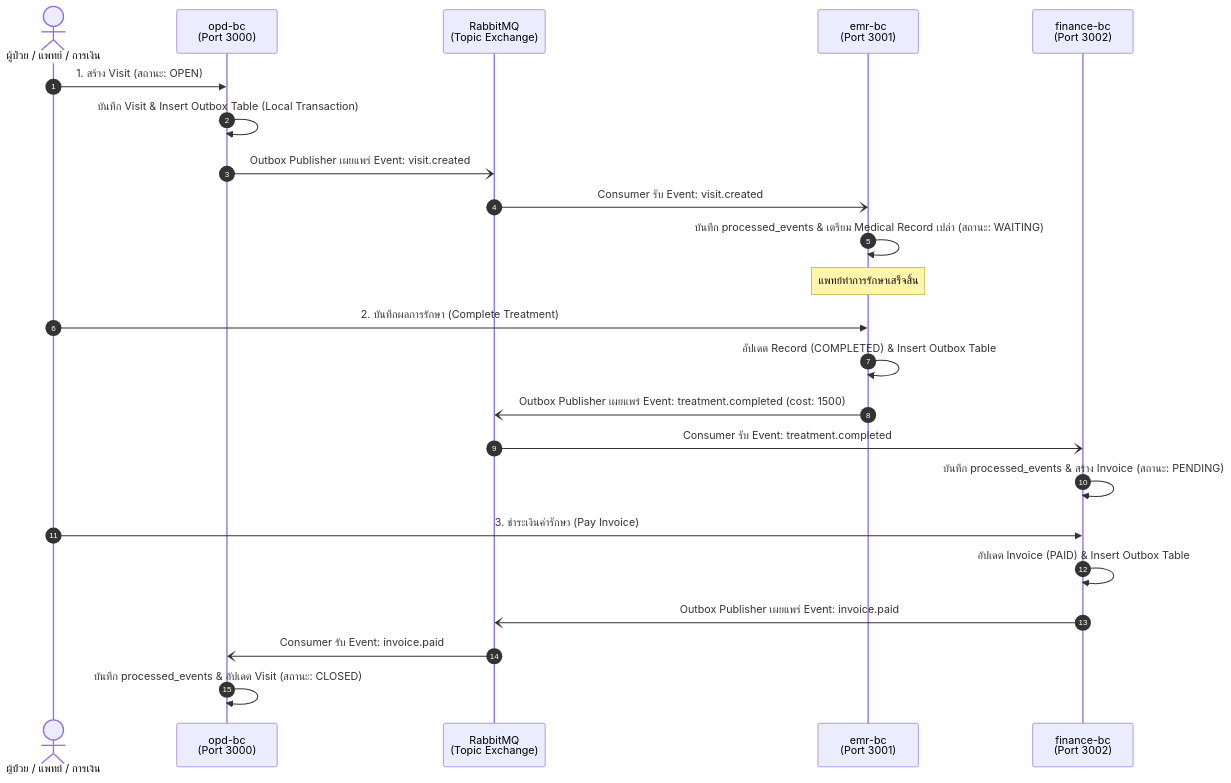
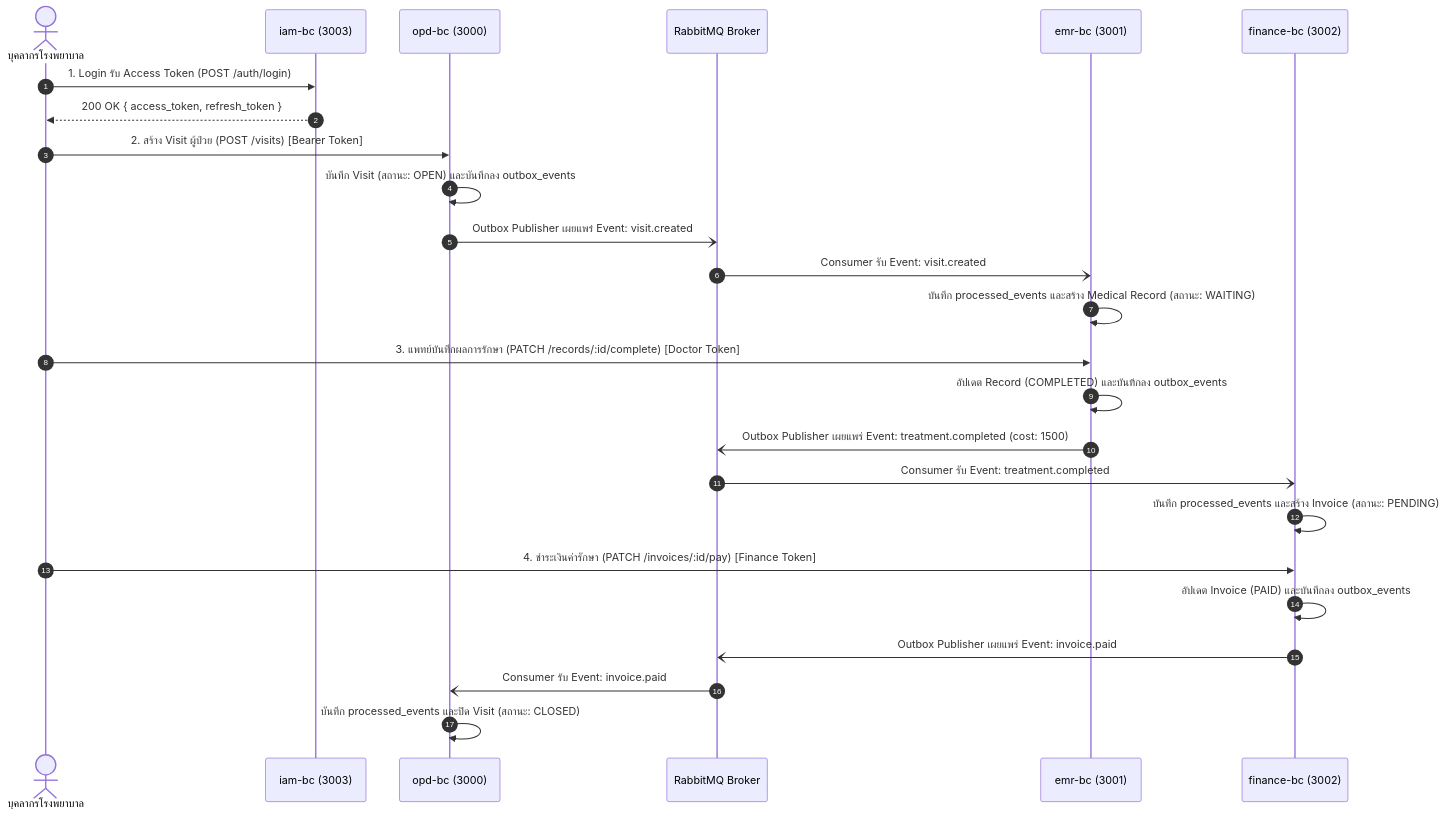
The first of 2 diagrams in README.md (faryporza/his-microservices-assignment), drawn with Mermaid before and after one commit. The commit also changed other lines of this file, not shown here.

````diff
--- a/README.md
+++ b/README.md
@@ -236,28 +107,31 @@
 ```mermaid
 sequenceDiagram
     autonumber
-    actor Patient as ผู้ป่วย / แพทย์ / การเงิน
-    participant OPD as opd-bc<br/>(Port 3000)
-    participant RMQ as RabbitMQ<br/>(Topic Exchange)
-    participant EMR as emr-bc<br/>(Port 3001)
-    participant FIN as finance-bc<br/>(Port 3002)
+    actor Staff as บุคลากรโรงพยาบาล
+    participant IAM as iam-bc (3003)
+    participant OPD as opd-bc (3000)
+    participant RMQ as RabbitMQ Broker
+    participant EMR as emr-bc (3001)
+    participant FIN as finance-bc (3002)
 
-    Patient->>OPD: 1. สร้าง Visit (สถานะ: OPEN)
-    OPD->>OPD: บันทึก Visit & Insert Outbox Table (Local Transaction)
+    Staff->>IAM: 1. Login รับ Access Token (POST /auth/login)
+    IAM-->>Staff: 200 OK { access_token, refresh_token }
+
+    Staff->>OPD: 2. สร้าง Visit ผู้ป่วย (POST /visits) [Bearer Token]
+    OPD->>OPD: บันทึก Visit (สถานะ: OPEN) และบันทึกลง outbox_events
     OPD-)RMQ: Outbox Publisher เผยแพร่ Event: visit.created
     RMQ-)EMR: Consumer รับ Event: visit.created
-    EMR->>EMR: บันทึก processed_events & เตรียม Medical Record เปล่า (สถานะ: WAITING)
+    EMR->>EMR: บันทึก processed_events และสร้าง Medical Record (สถานะ: WAITING)
 
-    Note over EMR: แพทย์ทำการรักษาเสร็จสิ้น
-    Patient->>EMR: 2. บันทึกผลการรักษา (Complete Treatment)
-    EMR->>EMR: อัปเดต Record (COMPLETED) & Insert Outbox Table
+    Staff->>EMR: 3. แพทย์บันทึกผลการรักษา (PATCH /records/:id/complete) [Doctor Token]
+    EMR->>EMR: อัปเดต Record (COMPLETED) และบันทึกลง outbox_events
     EMR-)RMQ: Outbox Publisher เผยแพร่ Event: treatment.completed (cost: 1500)
     RMQ-)FIN: Consumer รับ Event: treatment.completed
-    FIN->>FIN: บันทึก processed_events & สร้าง Invoice (สถานะ: PENDING)
+    FIN->>FIN: บันทึก processed_events และสร้าง Invoice (สถานะ: PENDING)
 
-    Patient->>FIN: 3. ชำระเงินค่ารักษา (Pay Invoice)
-    FIN->>FIN: อัปเดต Invoice (PAID) & Insert Outbox Table
+    Staff->>FIN: 4. ชำระเงินค่ารักษา (PATCH /invoices/:id/pay) [Finance Token]
+    FIN->>FIN: อัปเดต Invoice (PAID) และบันทึกลง outbox_events
     FIN-)RMQ: Outbox Publisher เผยแพร่ Event: invoice.paid
     RMQ-)OPD: Consumer รับ Event: invoice.paid
-    OPD->>OPD: บันทึก processed_events & อัปเดต Visit (สถานะ: CLOSED)
+    OPD->>OPD: บันทึก processed_events และปิด Visit (สถานะ: CLOSED)
 ```
````
